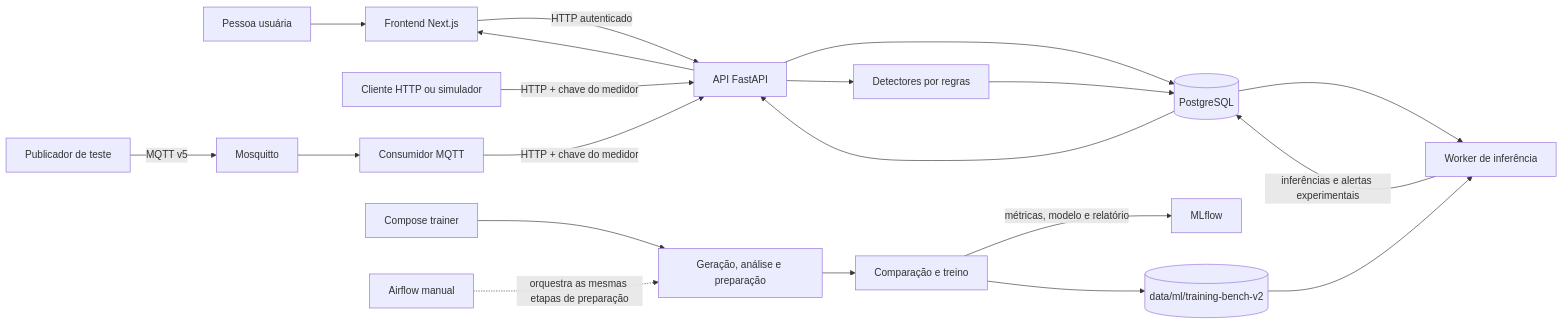
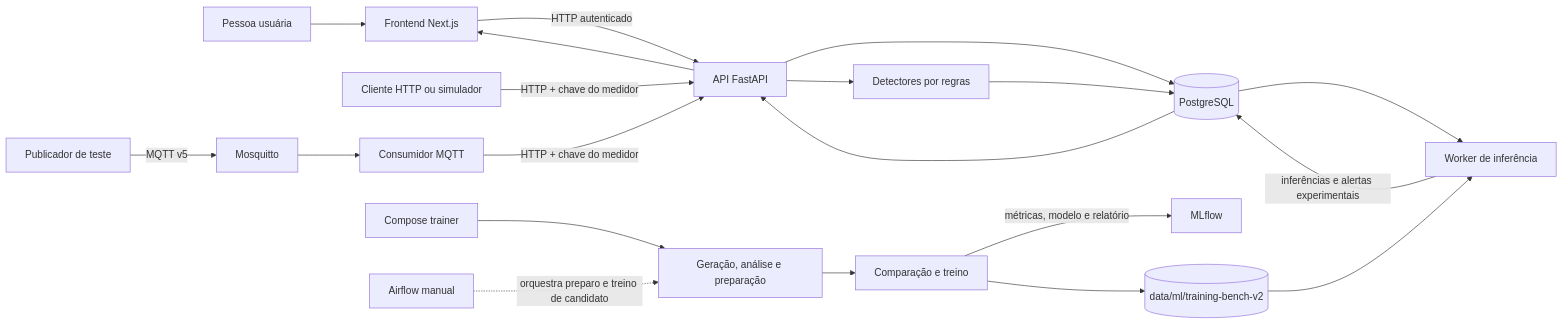
One commit to GuilhermeRangel1/aquaflow changed the first of 2 diagrams in docs/arquitetura.md. Above: the diagram before and after it, drawn with Mermaid. The commit also changed other lines of this file and 5 other files, not shown here.

````diff
--- a/docs/arquitetura.md
+++ b/docs/arquitetura.md
@@ -7,22 +7,22 @@
 ```mermaid
 flowchart LR
     Browser[Pessoa usuária] --> Web[Frontend Next.js]
     Web -->|HTTP autenticado| API[API FastAPI]
     Device[Cliente HTTP ou simulador] -->|HTTP + chave do medidor| API
     Publisher[Publicador de teste] -->|MQTT v5| Broker[Mosquitto]
     Broker --> Ingestor[Consumidor MQTT]
     Ingestor -->|HTTP + chave do medidor| API
     API --> DB[(PostgreSQL)]
     API --> Rules[Detectores por regras]
     Rules --> DB
     Compose[Compose trainer] --> Pipeline[Geração, análise e preparação]
     Pipeline --> Trainer[Comparação e treino]
     Trainer -->|métricas, modelo e relatório| MLflow[MLflow]
     Trainer --> Artifact[(data/ml/training-bench-v2)]
     DB --> Worker[Worker de inferência]
     Artifact --> Worker
     Worker -->|inferências e alertas experimentais| DB
     DB --> API
     API --> Web
-    Airflow[Airflow manual] -.->|orquestra as mesmas etapas de preparação| Pipeline
+    Airflow[Airflow manual] -.->|orquestra preparo e treino de candidato| Pipeline
 ```
````
